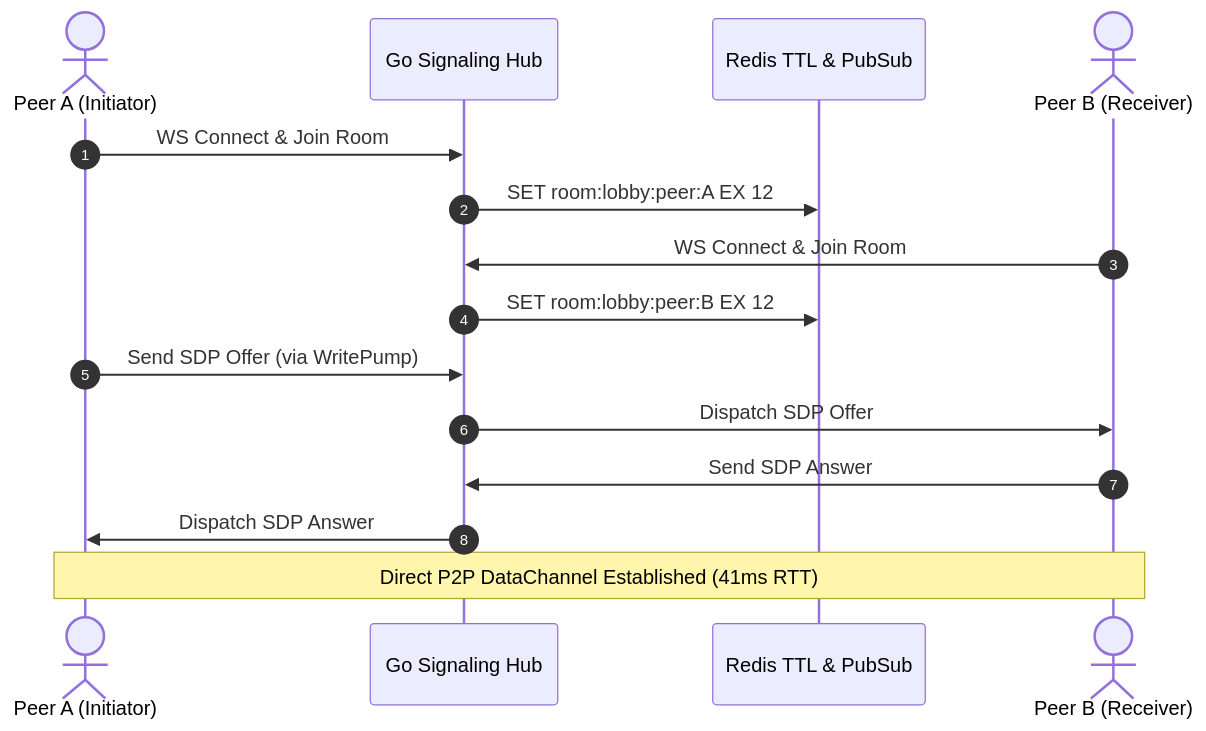
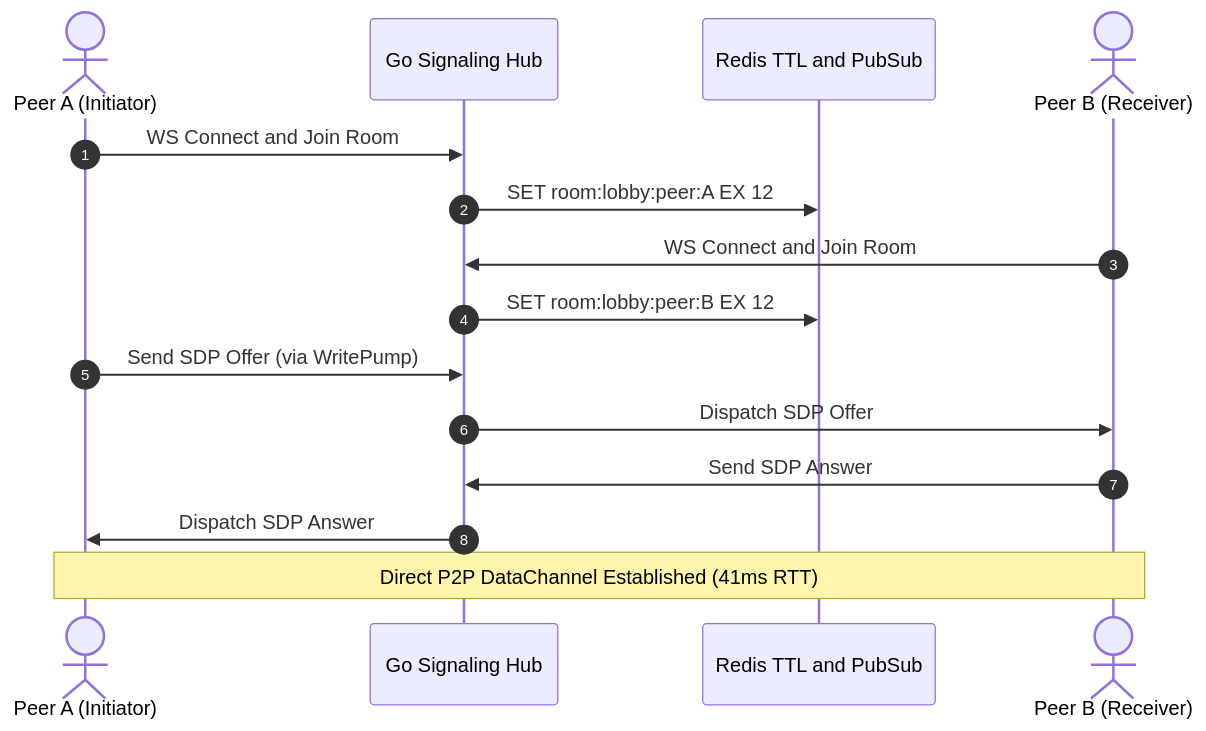
The diagram in public/raw/blogs/scaling-webrtc-signaling-in-go.md (Bittu5134/bittu5134.github.io), drawn with Mermaid before and after one commit. The commit also changed 24 other files, not shown here.

Commit message:
feat(blog): fix mermaid diagrams, add dark theme, littlefoot footnotes, and static indexing search

````diff
--- a/public/raw/blogs/scaling-webrtc-signaling-in-go.md
+++ b/public/raw/blogs/scaling-webrtc-signaling-in-go.md
@@ -23,18 +23,18 @@
 ```mermaid
 sequenceDiagram
     autonumber
     actor PeerA as Peer A (Initiator)
     participant Hub as Go Signaling Hub
-    participant Redis as Redis TTL & PubSub
+    participant Redis as Redis TTL and PubSub
     actor PeerB as Peer B (Receiver)
 
-    PeerA->>Hub: WS Connect & Join Room
+    PeerA->>Hub: WS Connect and Join Room
     Hub->>Redis: SET room:lobby:peer:A EX 12
-    PeerB->>Hub: WS Connect & Join Room
+    PeerB->>Hub: WS Connect and Join Room
     Hub->>Redis: SET room:lobby:peer:B EX 12
     PeerA->>Hub: Send SDP Offer (via WritePump)
     Hub->>PeerB: Dispatch SDP Offer
     PeerB->>Hub: Send SDP Answer
     Hub->>PeerA: Dispatch SDP Answer
     Note over PeerA,PeerB: Direct P2P DataChannel Established (41ms RTT)
 ```
````
